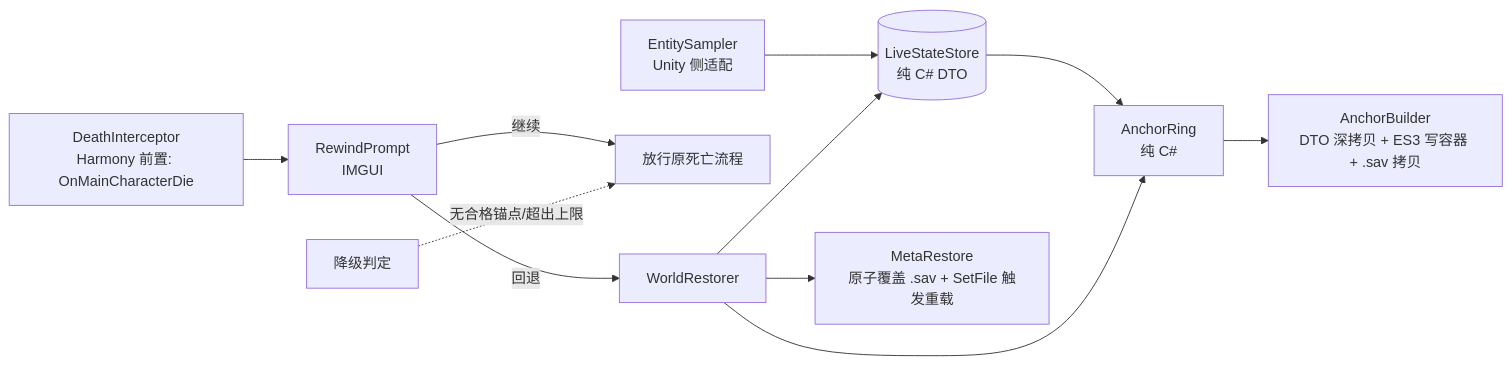
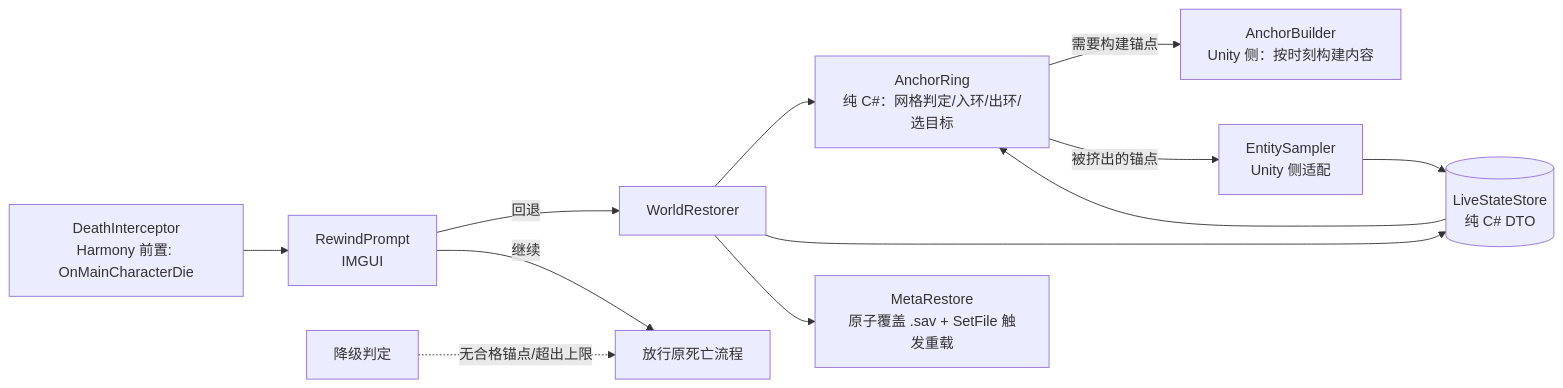
The diagram in docs/superpowers/specs/2026-10-20-death-rewind-design.md (GadgetSheng/duckov-mod-death-rewind), drawn with Mermaid before and after one commit. The commit also changed other lines of this file, not shown here.

Commit message:
docs: 终版设计文档（延迟销毁使补偿可逆、PreRewindSnapshot 补世界时间与玩家位姿、异步链静默约束、阶段 A 先刷新存档、有效 tick 坐标系、场景切换判别、AnchorRing 承担网格编排、Anchor 记录定义、UniTask 引用、key=value 配置、日志字段补齐）

````diff
--- a/docs/superpowers/specs/2026-10-20-death-rewind-design.md
+++ b/docs/superpowers/specs/2026-10-20-death-rewind-design.md
@@ -82,13 +86,14 @@
 ```mermaid
 flowchart LR
   D[DeathInterceptor<br/>Harmony 前置: OnMainCharacterDie] --> U[RewindPrompt<br/>IMGUI]
   U -->|回退| R[WorldRestorer]
   U -->|继续| P[放行原死亡流程]
   S[EntitySampler<br/>Unity 侧适配] --> W[(LiveStateStore<br/>纯 C# DTO)]
-  W --> A[AnchorRing<br/>纯 C#]
-  A --> B[AnchorBuilder<br/>DTO 深拷贝 + ES3 写容器 + .sav 拷贝]
+  W --> A[AnchorRing<br/>纯 C#：网格判定/入环/出环/选目标]
+  A -->|需要构建锚点| B[AnchorBuilder<br/>Unity 侧：按时刻构建内容]
+  A -->|被挤出的锚点| S
   R --> A
   R --> W
   R --> FS[MetaRestore<br/>原子覆盖 .sav + SetFile 触发重载]
   C[降级判定] -.无合格锚点/超出上限.-> P
 ```
````
